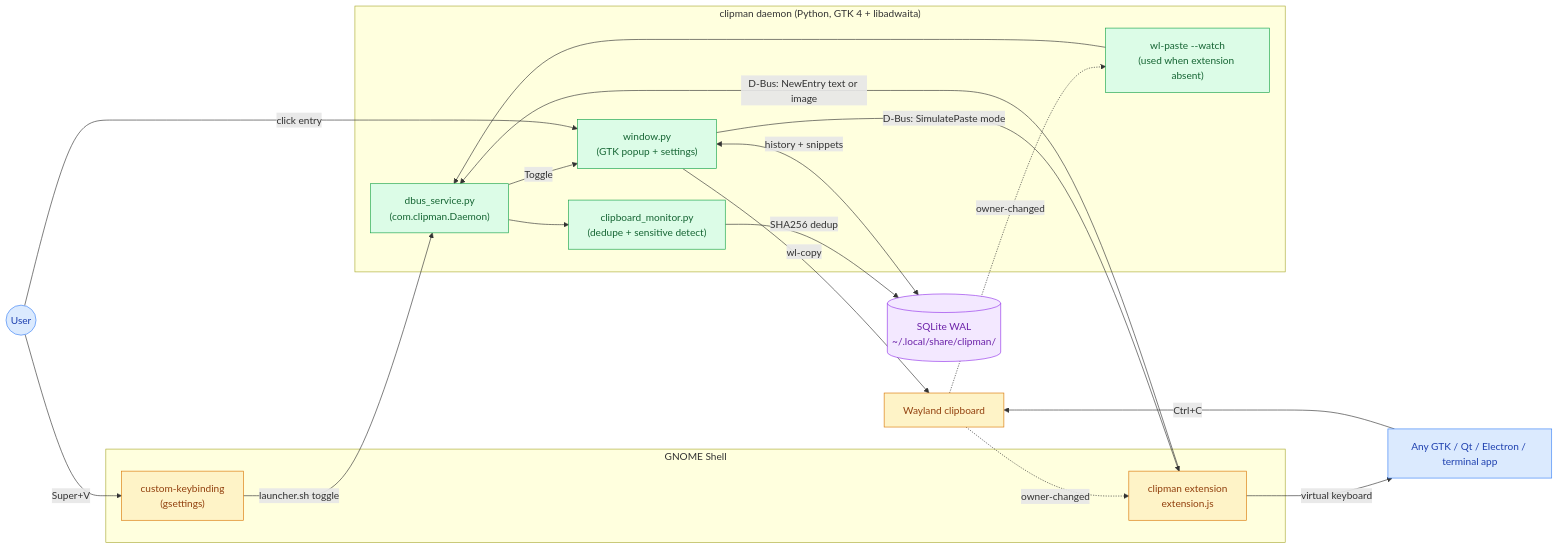
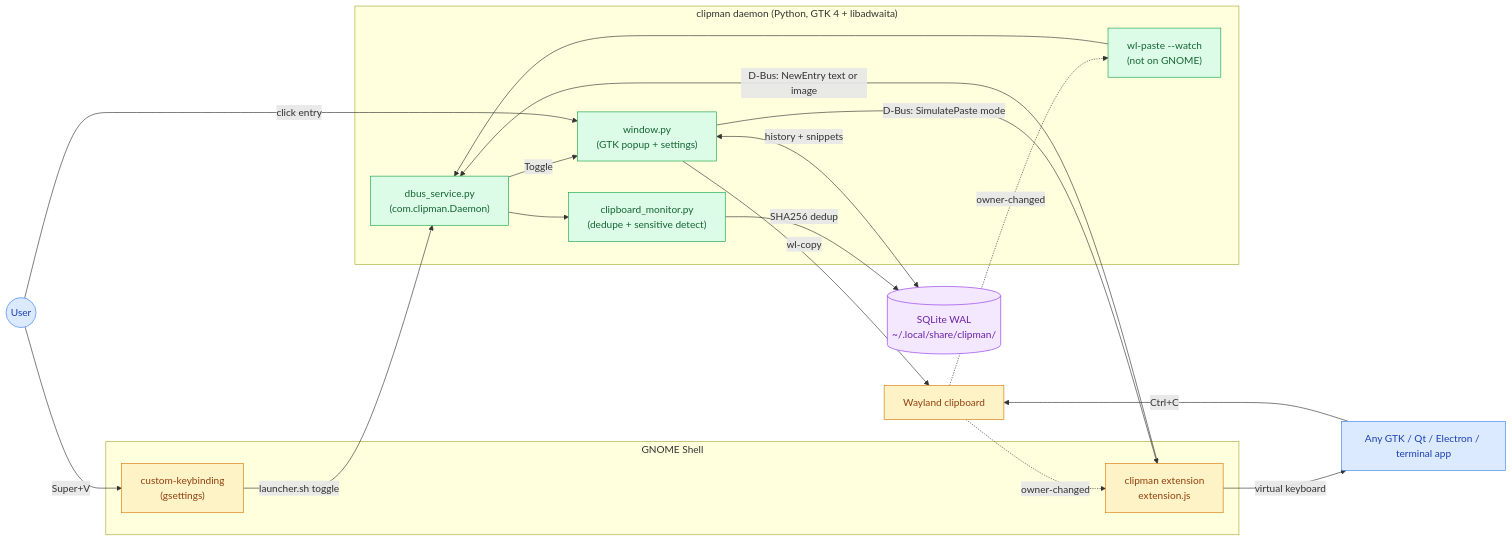
Before and after one commit to MohammedEl-sayedAhmed/clipman: the diagram in ARCHITECTURE.md, drawn with Mermaid. The commit also changed other lines of this file and 12 other files, not shown here.

````diff
--- a/ARCHITECTURE.md
+++ b/ARCHITECTURE.md
@@ -193,45 +201,45 @@
 ```mermaid
 flowchart LR
     classDef user fill:#dbeafe,stroke:#3b82f6,color:#1e40af
     classDef gshell fill:#fef3c7,stroke:#d97706,color:#92400e
     classDef daemon fill:#dcfce7,stroke:#16a34a,color:#166534
     classDef storage fill:#f3e8ff,stroke:#9333ea,color:#6b21a8
 
     User((User)):::user
     App["Any GTK / Qt / Electron / terminal app"]:::user
 
     subgraph SHELL ["GNOME Shell"]
         Ext["clipman extension<br/>extension.js"]:::gshell
         KB["custom-keybinding<br/>(gsettings)"]:::gshell
     end
 
     Clip["Wayland clipboard"]:::gshell
 
     subgraph DAEMON ["clipman daemon (Python, GTK 4 + libadwaita)"]
         DbusSvc["dbus_service.py<br/>(com.clipman.Daemon)"]:::daemon
         Monitor["clipboard_monitor.py<br/>(dedupe + sensitive detect)"]:::daemon
         Window["window.py<br/>(GTK popup + settings)"]:::daemon
-        Fallback["wl-paste --watch<br/>(used when extension absent)"]:::daemon
+        Fallback["wl-paste --watch<br/>(not on GNOME)"]:::daemon
     end
 
     DB[("SQLite WAL<br/>~/.local/share/clipman/")]:::storage
 
     App -->|Ctrl+C| Clip
     Clip -. owner-changed .-> Ext
     Clip -. owner-changed .-> Fallback
     Ext -->|D-Bus: NewEntry text or image| DbusSvc
     Fallback --> DbusSvc
 
     DbusSvc --> Monitor
     Monitor -->|SHA256 dedup| DB
 
     User -->|Super+V| KB
     KB -->|launcher.sh toggle| DbusSvc
     DbusSvc -->|Toggle| Window
     Window <-->|history + snippets| DB
 
     User -->|click entry| Window
     Window -->|wl-copy| Clip
     Window -->|D-Bus: SimulatePaste mode| Ext
     Ext -->|virtual keyboard| App
 ```
````
